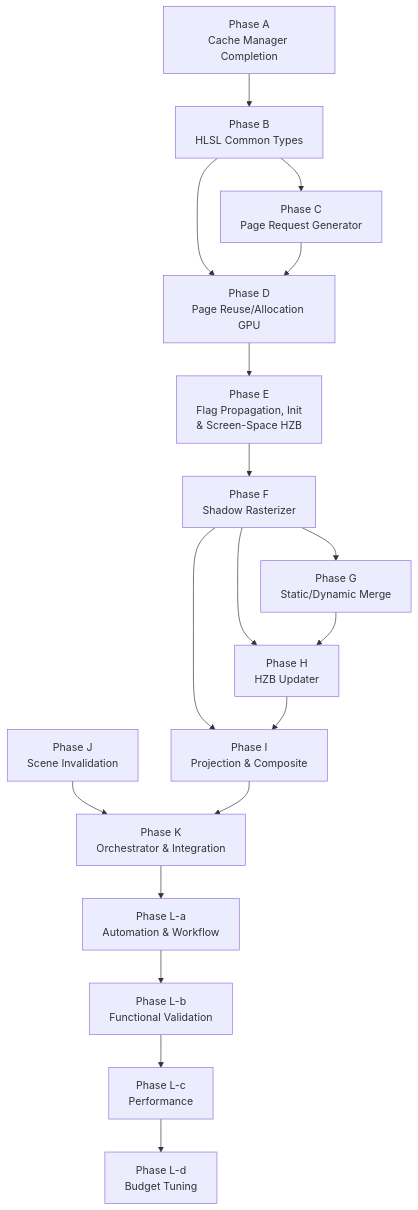
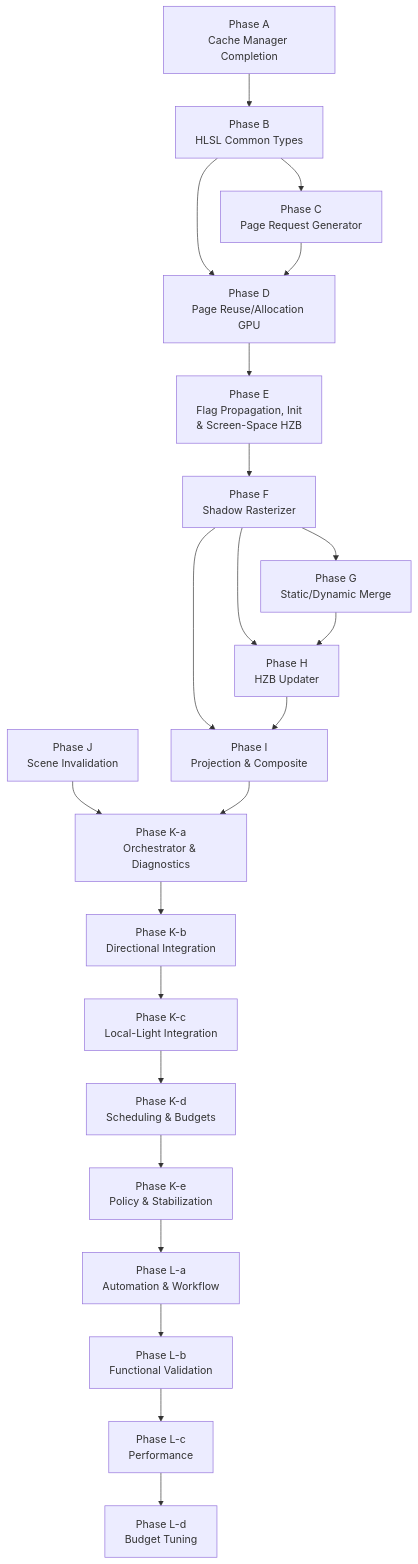
One commit to abdes/DroidNet changed the diagram in projects/Oxygen.Engine/design/VsmImplementationPlan.md. Above: the diagram before and after it, drawn with Mermaid. The commit also changed other lines of this file and 70 other files, not shown here.

````diff
--- a/projects/Oxygen.Engine/design/VsmImplementationPlan.md
+++ b/projects/Oxygen.Engine/design/VsmImplementationPlan.md
@@ -754,20 +1148,24 @@
 ```mermaid
 flowchart TD
     A["Phase A<br>Cache Manager Completion"] --> B["Phase B<br>HLSL Common Types"]
     B --> C["Phase C<br>Page Request Generator"]
     B --> D["Phase D<br>Page Reuse/Allocation GPU"]
     C --> D
     D --> E["Phase E<br>Flag Propagation, Init<br>& Screen-Space HZB"]
     E --> F["Phase F<br>Shadow Rasterizer"]
     F --> G["Phase G<br>Static/Dynamic Merge"]
     F --> H["Phase H<br>HZB Updater"]
     G --> H
     F --> I["Phase I<br>Projection & Composite"]
     H --> I
-    J["Phase J<br>Scene Invalidation"] --> K
-    I --> K["Phase K<br>Orchestrator & Integration"]
-    K --> La["Phase L-a<br>Automation & Workflow"]
+    J["Phase J<br>Scene Invalidation"] --> Ka
+    I --> Ka["Phase K-a<br>Orchestrator & Diagnostics"]
+    Ka --> Kb["Phase K-b<br>Directional Integration"]
+    Kb --> Kc["Phase K-c<br>Local-Light Integration"]
+    Kc --> Kd["Phase K-d<br>Scheduling & Budgets"]
+    Kd --> Ke["Phase K-e<br>Policy & Stabilization"]
+    Ke --> La["Phase L-a<br>Automation & Workflow"]
     La --> Lb["Phase L-b<br>Functional Validation"]
     Lb --> Lc["Phase L-c<br>Performance"]
     Lc --> Ld["Phase L-d<br>Budget Tuning"]
 ```
````
